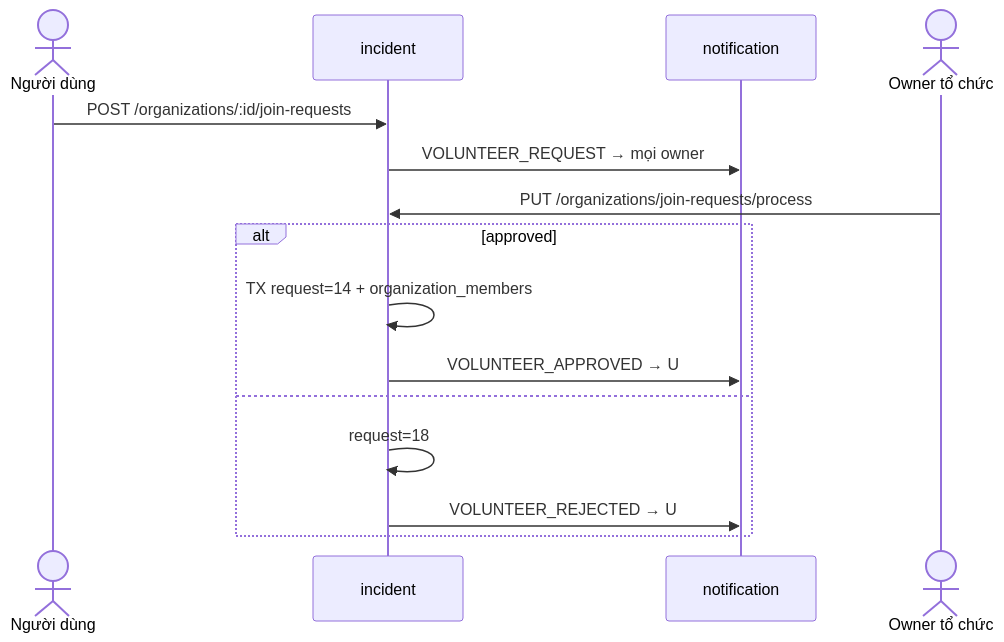
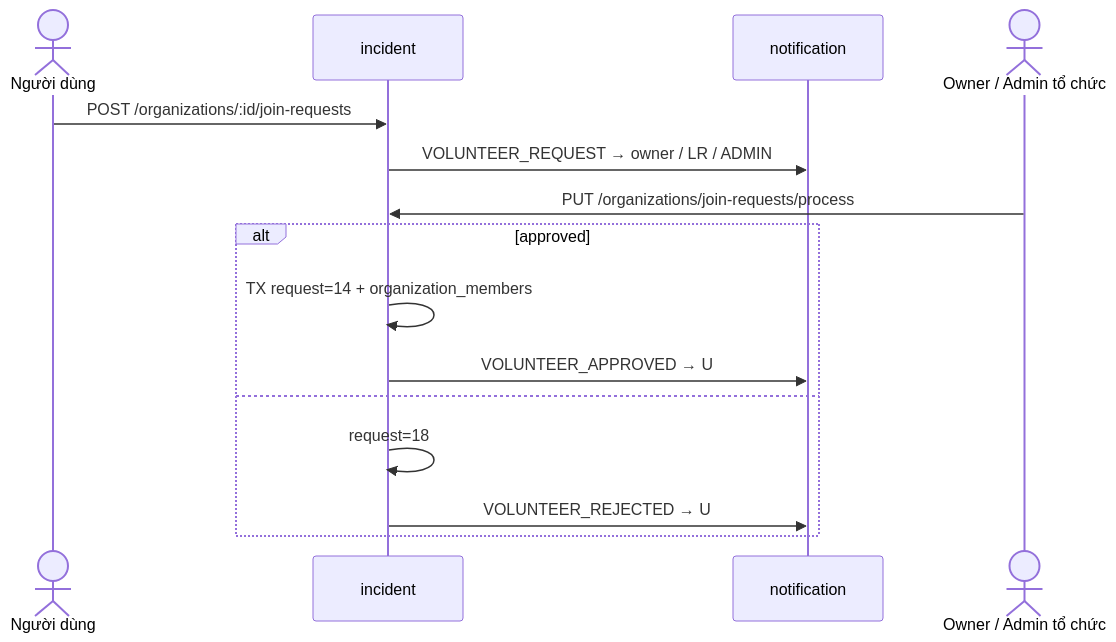
The tenth of 25 diagrams in 02-business-flows.md (DOAN2-UQT-KN/ecolink-docs), drawn with Mermaid before and after one commit. The commit also changed other lines of this file and 13 other files, not shown here.

````diff
--- a/02-business-flows.md
+++ b/02-business-flows.md
@@ -432,17 +435,17 @@
 ```mermaid
 sequenceDiagram
   actor U as Người dùng
   participant INC as incident
   participant NS as notification
-  actor O as Owner tổ chức
+  actor O as Owner / Admin tổ chức
   U->>INC: POST /organizations/:id/join-requests
-  INC->>NS: VOLUNTEER_REQUEST → mọi owner
+  INC->>NS: VOLUNTEER_REQUEST → owner / LR / ADMIN
   O->>INC: PUT /organizations/join-requests/process
   alt approved
     INC->>INC: TX request=14 + organization_members
     INC->>NS: VOLUNTEER_APPROVED → U
   else
     INC->>INC: request=18
     INC->>NS: VOLUNTEER_REJECTED → U
   end
 ```
````
